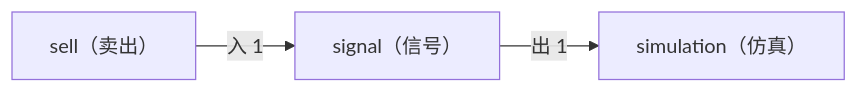
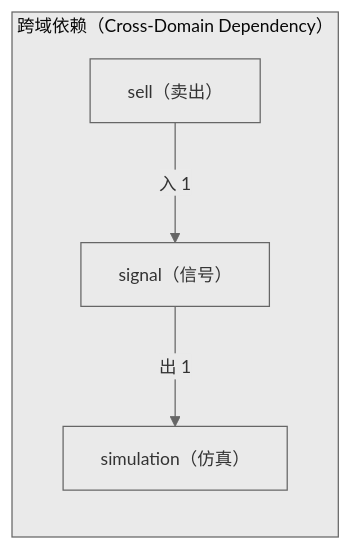
One commit to xuanFelixVan/ZephyrAlpha changed the second of 2 diagrams in docs/02_enterprise_architecture/06_decision_architecture/11_decision_l2a_signal.md. Above: the diagram before and after it, drawn with Mermaid. The commit also changed other lines of this file and 23 other files, not shown here.

First line of the commit message:
fix(decision-diagram): mermaid 图加 subgraph 容器 + clusterBkg 主题变量

````diff
--- a/docs/02_enterprise_architecture/06_decision_architecture/11_decision_l2a_signal.md
+++ b/docs/02_enterprise_architecture/06_decision_architecture/11_decision_l2a_signal.md
@@ -129,8 +130,11 @@
 ```mermaid
+%%{init: {'theme': 'base', 'themeVariables': {'primaryColor': '#eaeaea', 'primaryTextColor': '#333333', 'primaryBorderColor': '#666666', 'lineColor': '#666666', 'clusterBkg': '#eaeaea', 'clusterBorder': '#666666', 'fontSize': '14px'}}}%%
 flowchart LR
-    SELF["signal（信号）"]
-    EXT_simulation["simulation（仿真）"]
-    SELF -->|出 1| EXT_simulation
-    EXT_sell["sell（卖出）"]
-    EXT_sell -->|入 1| SELF
+    subgraph cd_sg["跨域依赖（Cross-Domain Dependency）"]
+        SELF["signal（信号）"]
+        EXT_simulation["simulation（仿真）"]
+        SELF -->|出 1| EXT_simulation
+        EXT_sell["sell（卖出）"]
+        EXT_sell -->|入 1| SELF
+    end
 ```
````
